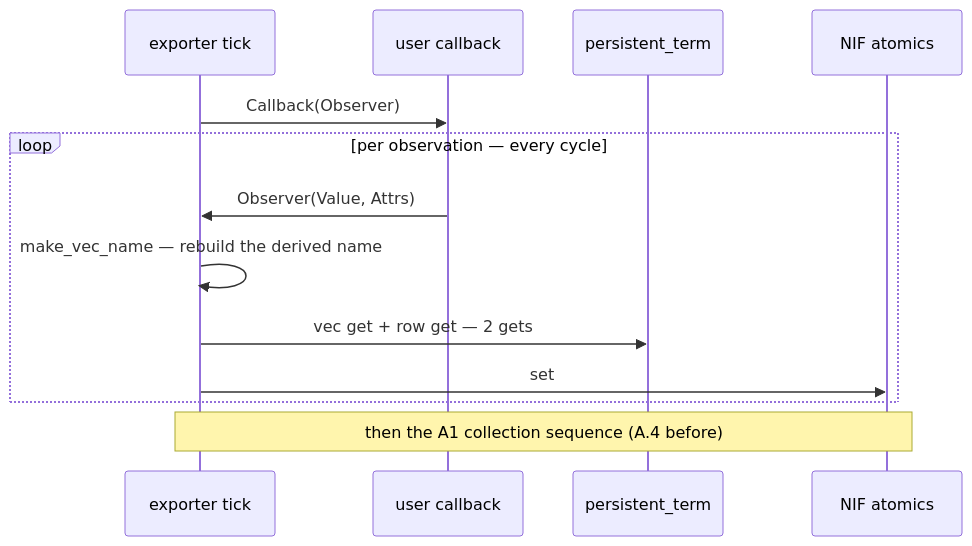
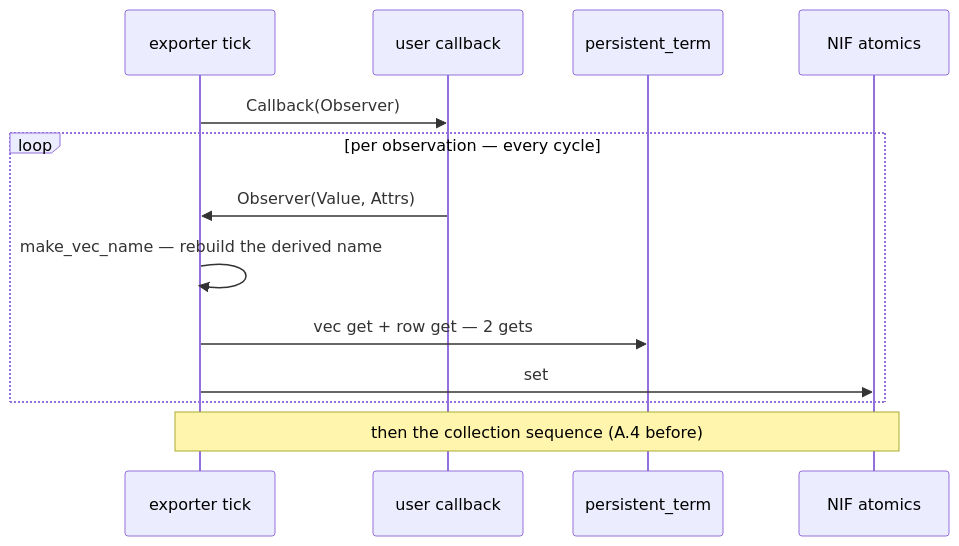
Before and after one commit to velimir/instrument: diagram 14 of 17 in docs/superpowers/specs/2026-06-10-meter-row-store-design.md, drawn with Mermaid. The commit also changed other lines of this file and 4 other files, not shown here.

````diff
--- a/docs/superpowers/specs/2026-06-10-meter-row-store-design.md
+++ b/docs/superpowers/specs/2026-06-10-meter-row-store-design.md
@@ -672,15 +662,15 @@
 ```mermaid
 sequenceDiagram
   participant X as exporter tick
   participant CB as user callback
   participant PT as persistent_term
   participant N as NIF atomics
   X->>CB: Callback(Observer)
   loop per observation — every cycle
     CB->>X: Observer(Value, Attrs)
     X->>X: make_vec_name — rebuild the derived name
     X->>PT: vec get + row get — 2 gets
     X->>N: set
   end
-  Note over X,N: then the A1 collection sequence (A.4 before)
+  Note over X,N: then the collection sequence (A.4 before)
 ```
````
